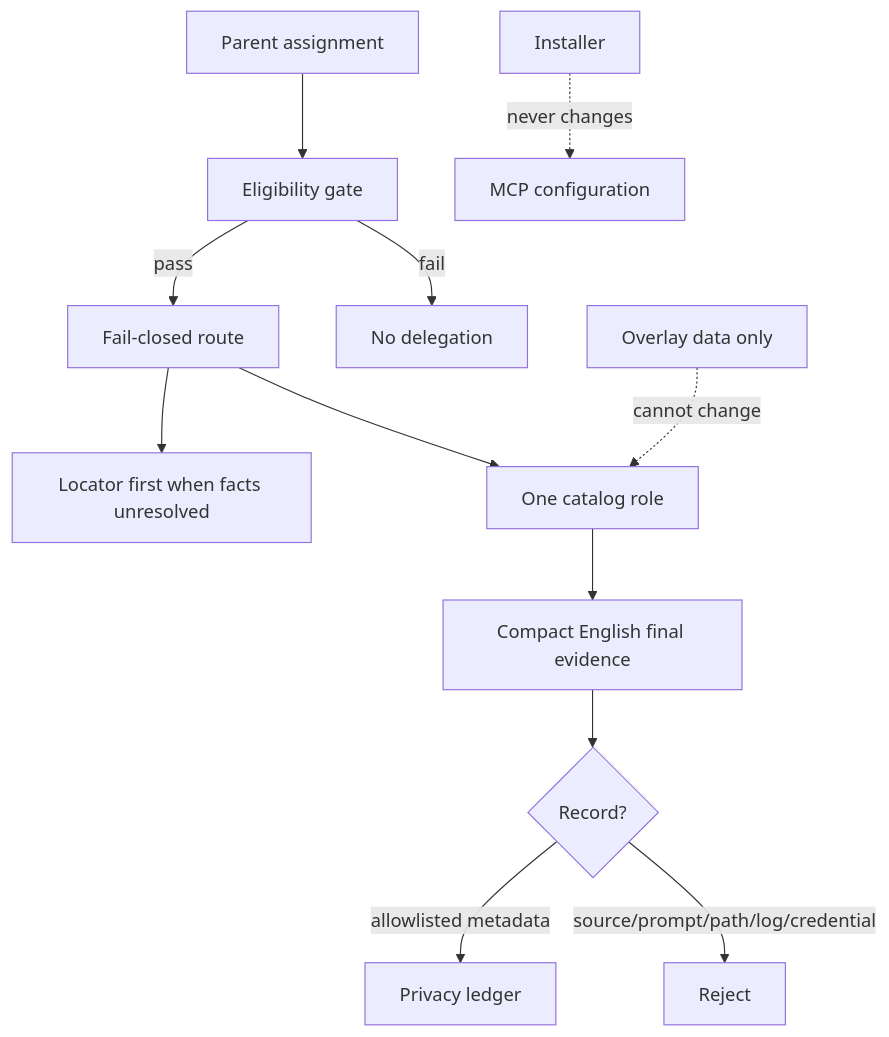
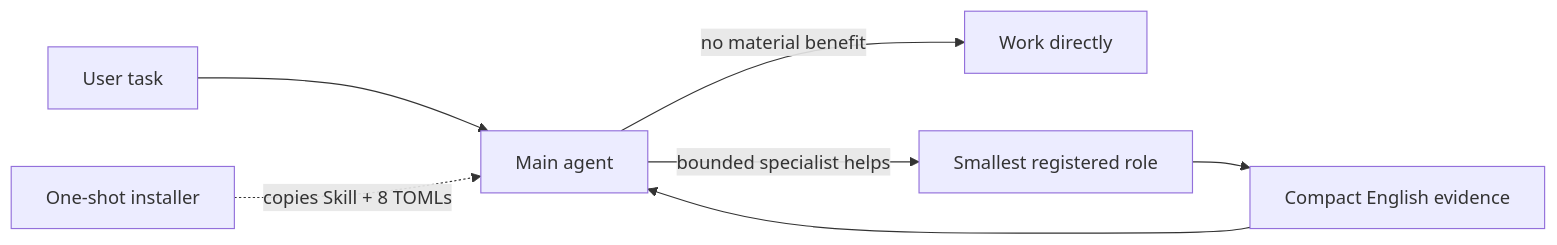
One commit to Adam0120/codex-agent-governance changed the diagram in README.md. Above: the diagram before and after it, drawn with Mermaid. The commit also changed other lines of this file and 28 other files, not shown here.

````diff
--- a/README.md
+++ b/README.md
@@ -95,14 +14,9 @@
 ```mermaid
-flowchart TB
-  U[Parent assignment] --> PG[Eligibility gate]
-  PG -->|pass| F[Fail-closed route]
-  PG -->|fail| STOP[No delegation]
-  F --> L[Locator first when facts unresolved]
-  F --> R[One catalog role]
-  R --> E[Compact English final evidence]
-  E --> Q{Record?}
-  Q -->|allowlisted metadata| LEDGER[Privacy ledger]
-  Q -->|source/prompt/path/log/credential| DENY[Reject]
-  O[Overlay data only] -. cannot change .-> R
-  I[Installer] -. never changes .-> MCP[MCP configuration]
+flowchart LR
+  U[User task] --> M[Main agent]
+  M -->|no material benefit| W[Work directly]
+  M -->|bounded specialist helps| R[Smallest registered role]
+  R --> E[Compact English evidence]
+  E --> M
+  I[One-shot installer] -. copies Skill + 8 TOMLs .-> M
 ```
````
